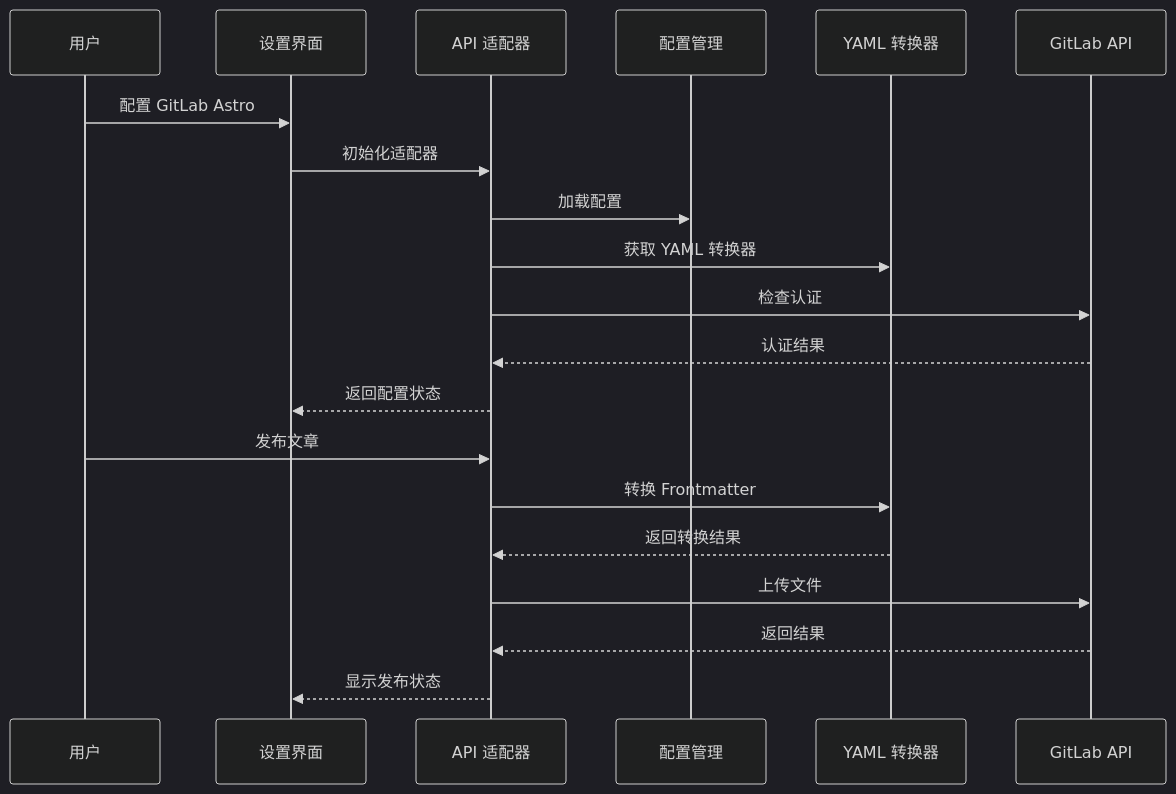
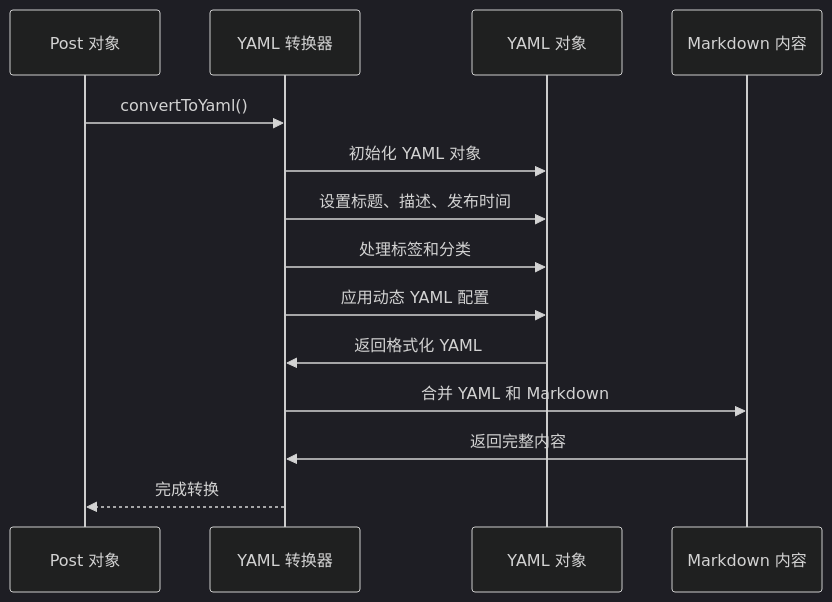
One commit to terwer/siyuan-plugin-publisher changed the sixth of 8 diagrams in .qoder/repowiki/zh/content/平台适配器系统/静态站点适配器/GitLab Astro 平台适配器.md. Above: the diagram before and after it, drawn with Mermaid (dark theme). The commit also changed other lines of this file and 14 other files, not shown here.

````diff
--- a/.qoder/repowiki/zh/content/平台适配器系统/静态站点适配器/GitLab Astro 平台适配器.md
+++ b/.qoder/repowiki/zh/content/平台适配器系统/静态站点适配器/GitLab Astro 平台适配器.md
@@ -185,22 +255,16 @@
 ```mermaid
 sequenceDiagram
-participant U as 用户
-participant UI as 设置界面
-participant API as API 适配器
-participant CFG as 配置管理
-participant YAML as YAML 转换器
-participant GL as GitLab API
-U->>UI : 配置 GitLab Astro
-UI->>API : 初始化适配器
-API->>CFG : 加载配置
-API->>YAML : 获取 YAML 转换器
-API->>GL : 检查认证
-GL-->>API : 认证结果
-API-->>UI : 返回配置状态
-U->>API : 发布文章
-API->>YAML : 转换 Frontmatter
-YAML-->>API : 返回转换结果
-API->>GL : 上传文件
-GL-->>API : 返回结果
-API-->>UI : 显示发布状态
+participant Post as Post 对象
+participant YamlConv as YAML 转换器
+participant YamlObj as YAML 对象
+participant MD as Markdown 内容
+Post->>YamlConv : convertToYaml()
+YamlConv->>YamlObj : 初始化 YAML 对象
+YamlConv->>YamlObj : 设置标题、描述、发布时间
+YamlConv->>YamlObj : 处理标签和分类
+YamlConv->>YamlObj : 应用动态 YAML 配置
+YamlObj->>YamlConv : 返回格式化 YAML
+YamlConv->>MD : 合并 YAML 和 Markdown
+MD->>YamlConv : 返回完整内容
+YamlConv-->>Post : 完成转换
 ```
````
